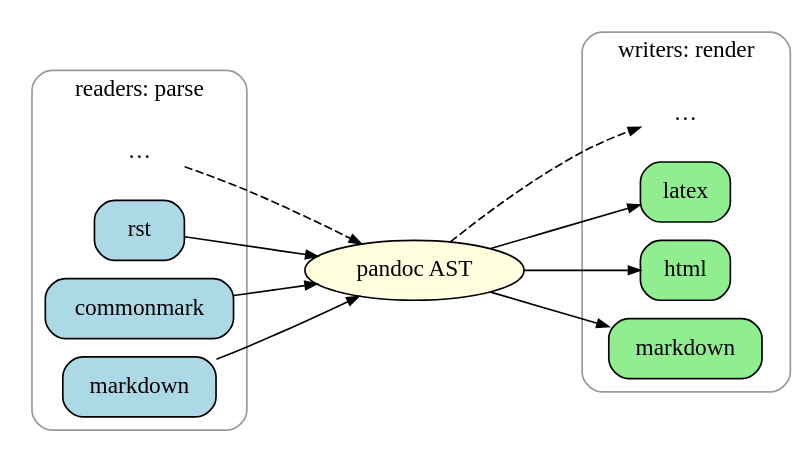
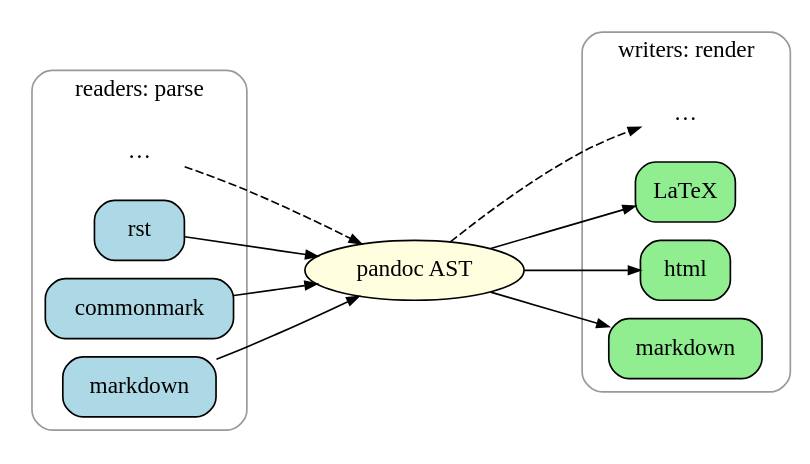
Before and after one commit to ickc/panblack: the diagram in docs/media/dot/pandoc.dot, drawn with Graphviz. The commit also changed 8 other files, not shown here.

First line of the commit message:
Docs: measure on Quarto's documentation instead of a personal blog; LaTeX; fast path in the diagrams' notation

```diff
--- a/docs/media/dot/pandoc.dot
+++ b/docs/media/dot/pandoc.dot
@@ -1,36 +1,36 @@
 digraph pandoc {
     // pandoc converts through its own AST: any reader with any writer.
     rankdir=LR;
     nodesep=0.15;
     ranksep=0.6;
     node [shape=box, style="rounded,filled", fillcolor=white];
     edge [arrowsize=0.7];
 
     subgraph cluster_readers {
         label="readers: parse";
         style=rounded; color=gray60;
         node [fillcolor=lightblue];
         // Listed bottom up: dot stacks a rank's nodes in reverse here.
         in_etc [label="…", shape=plaintext, style=""];
         in_rst [label="rst"];
         in_cm [label="commonmark"];
         in_md [label="markdown"];
     }
 
     ast [label="pandoc AST", shape=ellipse, fillcolor=lightyellow];
 
     subgraph cluster_writers {
         label="writers: render";
         style=rounded; color=gray60;
         node [fillcolor=lightgreen];
         out_etc [label="…", shape=plaintext, style=""];
-        out_latex [label="latex"];
+        out_latex [label="LaTeX"];
         out_html [label="html"];
         out_md [label="markdown"];
     }
 
     in_etc -> ast [style=dashed];
     in_rst -> ast; in_cm -> ast; in_md -> ast;
     ast -> out_etc [style=dashed];
     ast -> out_latex; ast -> out_html; ast -> out_md;
 }
```
